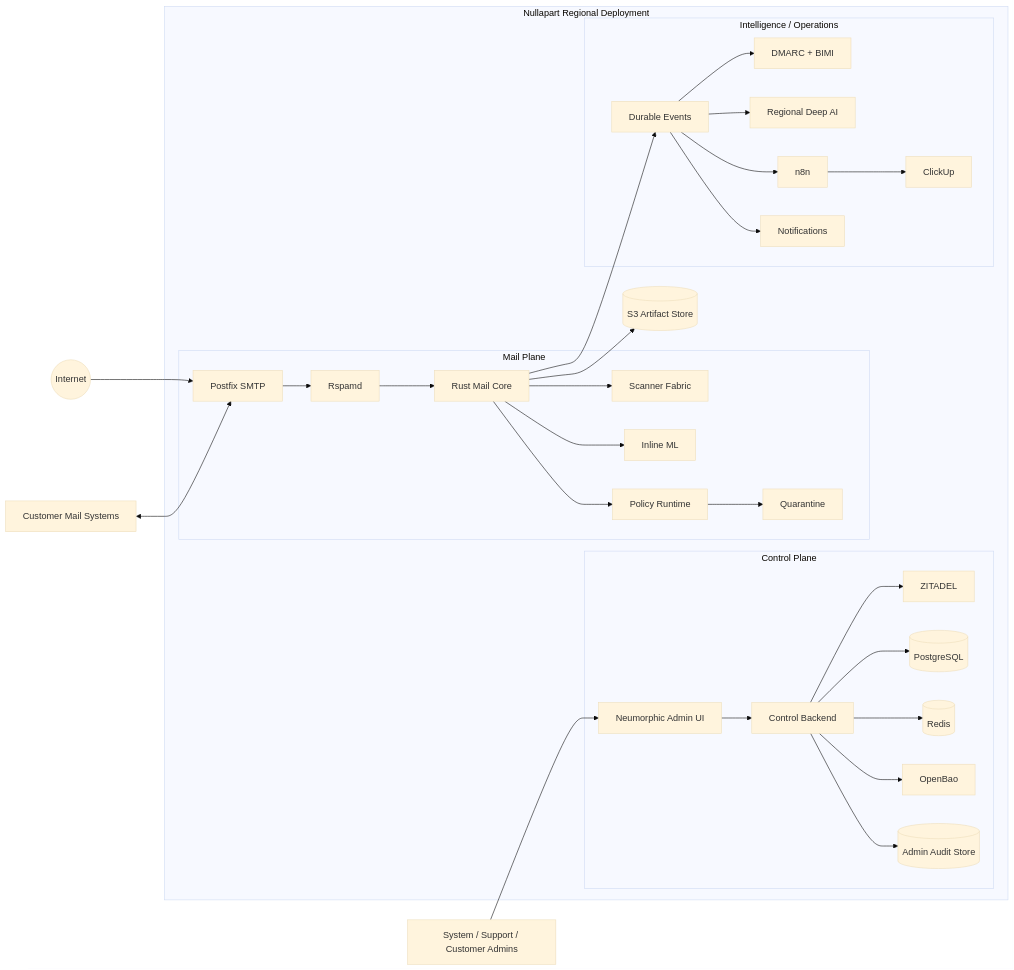
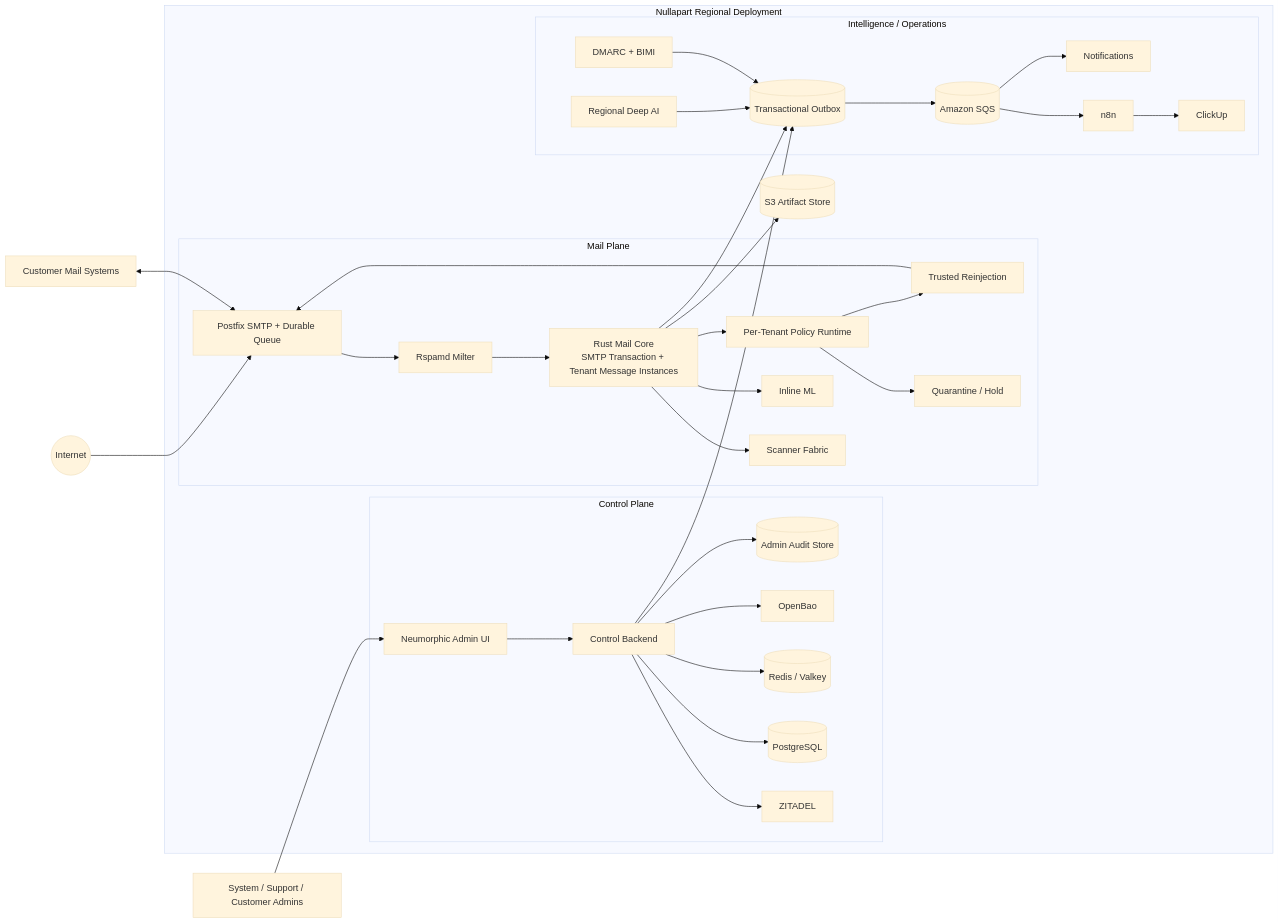
The diagram in docs/diagrams/00-system-context.mmd (Oba-SEG/Nullapart), drawn with Mermaid (base theme) before and after one commit.

Commit message:
docs: align system context with reviewed event and mail model

```diff
--- a/docs/diagrams/00-system-context.mmd
+++ b/docs/diagrams/00-system-context.mmd
@@ -1,59 +1,64 @@
 flowchart LR
     Internet((Internet))
     CustomerMail[Customer Mail Systems]
     Admins[System / Support / Customer Admins]
 
     subgraph Deployment["Nullapart Regional Deployment"]
         subgraph MailPlane["Mail Plane"]
-            Postfix[Postfix SMTP]
-            Rspamd[Rspamd]
-            MailCore[Rust Mail Core]
+            Postfix[Postfix SMTP + Durable Queue]
+            Rspamd[Rspamd Milter]
+            MailCore[Rust Mail Core\nSMTP Transaction + Tenant Message Instances]
             Scanners[Scanner Fabric]
             InlineML[Inline ML]
-            Policy[Policy Runtime]
-            Quarantine[Quarantine]
+            Policy[Per-Tenant Policy Runtime]
+            Quarantine[Quarantine / Hold]
+            Reinject[Trusted Reinjection]
         end
 
         subgraph ControlPlane["Control Plane"]
             UI[Neumorphic Admin UI]
             Control[Control Backend]
             Identity[ZITADEL]
             Config[(PostgreSQL)]
-            Cache[(Redis)]
+            Cache[(Redis / Valkey)]
             Secrets[OpenBao]
             Audit[(Admin Audit Store)]
         end
 
         subgraph Intelligence["Intelligence / Operations"]
             DMARC[DMARC + BIMI]
             DeepAI[Regional Deep AI]
-            Events[Durable Events]
+            Outbox[(Transactional Outbox)]
+            SQS[(Amazon SQS)]
             N8N[n8n]
             ClickUp[ClickUp]
             Notify[Notifications]
         end
 
         Artifacts[(S3 Artifact Store)]
     end
 
     Internet --> Postfix
     CustomerMail <--> Postfix
     Postfix --> Rspamd --> MailCore
     MailCore --> Scanners
     MailCore --> InlineML
     MailCore --> Policy
     Policy --> Quarantine
+    Policy --> Reinject --> Postfix
     MailCore --> Artifacts
 
     Admins --> UI --> Control
     Control --> Identity
     Control --> Config
     Control --> Cache
     Control --> Secrets
     Control --> Audit
 
-    MailCore --> Events
-    Events --> DMARC
-    Events --> DeepAI
-    Events --> N8N --> ClickUp
-    Events --> Notify
+    MailCore --> Outbox
+    Control --> Outbox
+    DMARC --> Outbox
+    DeepAI --> Outbox
+    Outbox --> SQS
+    SQS --> N8N --> ClickUp
+    SQS --> Notify
```
